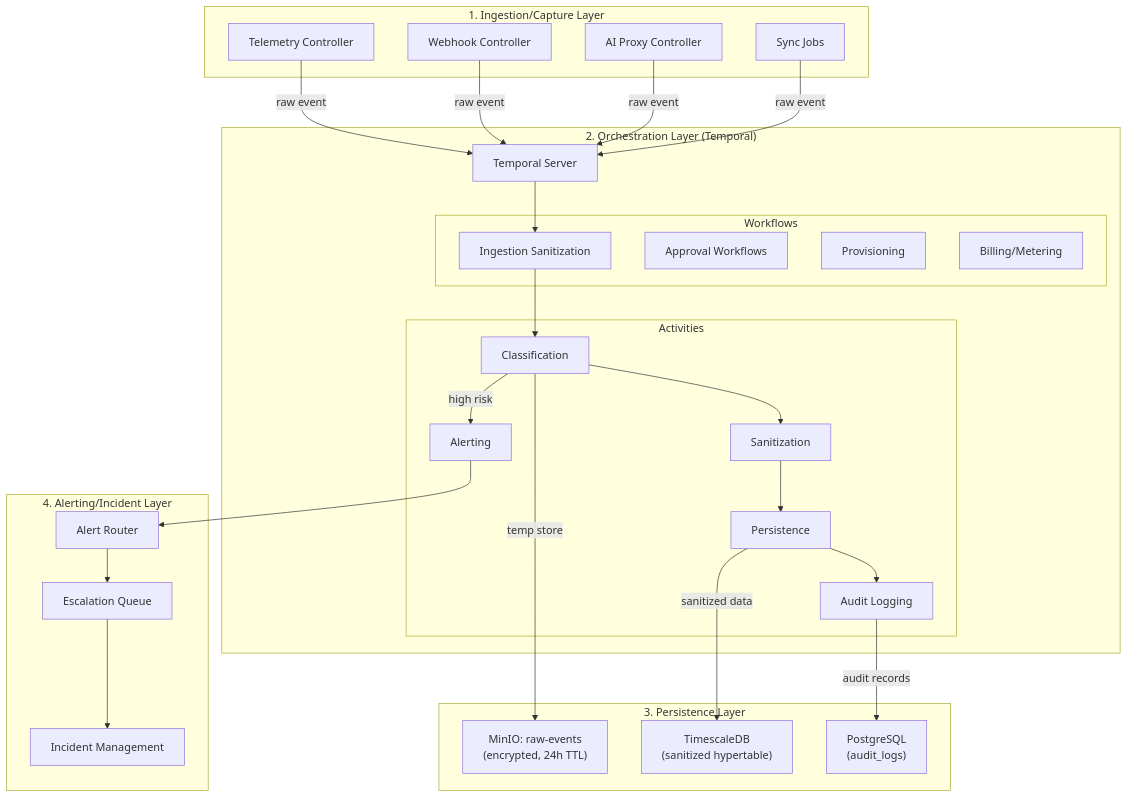
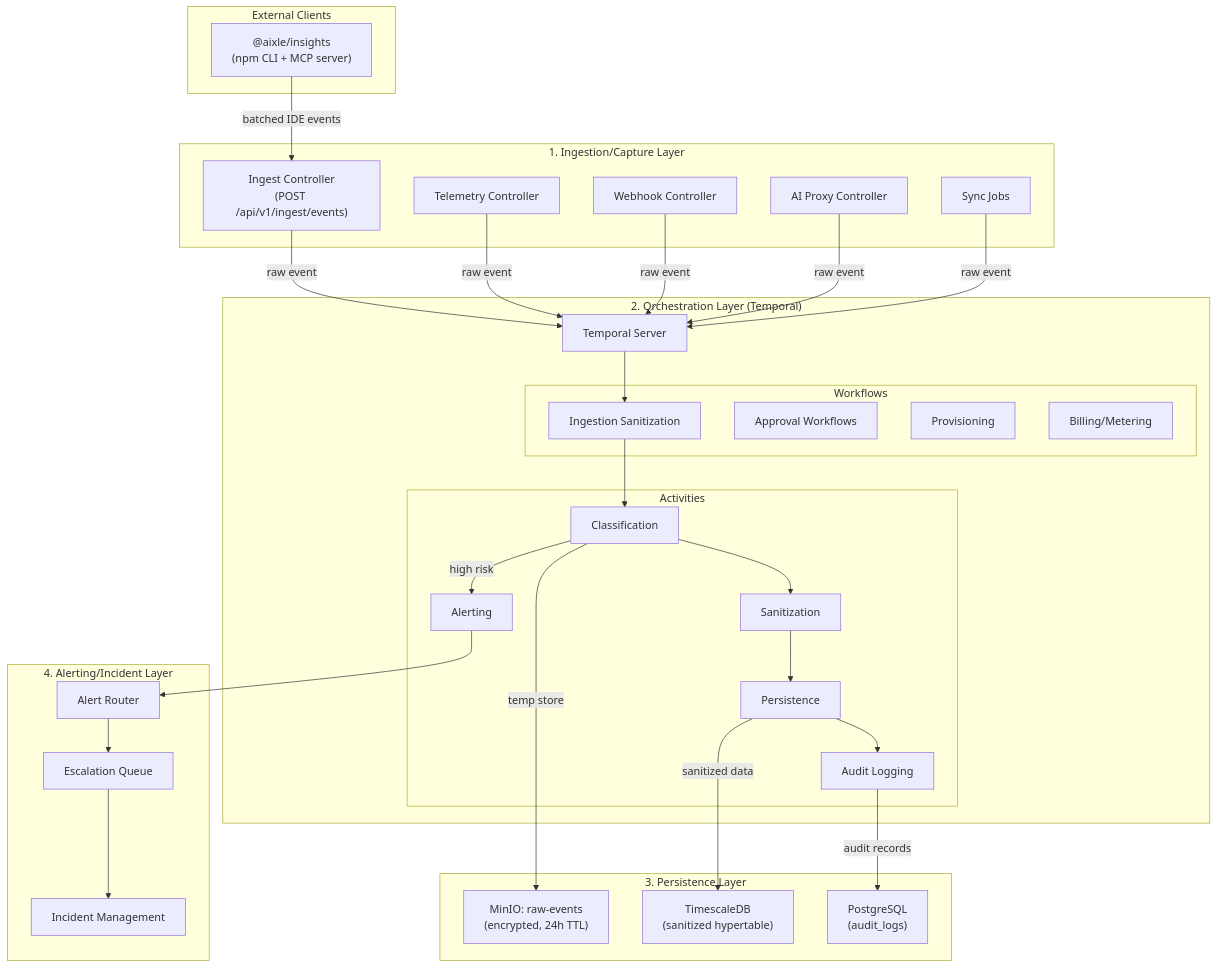
Before and after one commit to AixleHQ/insights: the sixth of 10 diagrams in architecture/architecture.md, drawn with Mermaid. The commit also changed other lines of this file, not shown here.

First line of the commit message:
docs: document @aixle/insights ingest package in architecture diagrams

````diff
--- a/architecture/architecture.md
+++ b/architecture/architecture.md
@@ -1871,64 +1880,71 @@
 ```mermaid
 flowchart TB
+    subgraph Clients["External Clients"]
+        Agent["@aixle/insights<br/>(npm CLI + MCP server)"]
+    end
+
     subgraph Capture["1. Ingestion/Capture Layer"]
+        Ingest["Ingest Controller<br/>(POST /api/v1/ingest/events)"]
         Telemetry["Telemetry Controller"]
         Webhooks["Webhook Controller"]
         AIProxy["AI Proxy Controller"]
         SyncJobs["Sync Jobs"]
     end
 
     subgraph Orchestration["2. Orchestration Layer (Temporal)"]
         TemporalServer["Temporal Server"]
         
         subgraph Workflows["Workflows"]
             SanitizationWF["Ingestion Sanitization"]
             ApprovalWF["Approval Workflows"]
             ProvisioningWF["Provisioning"]
             BillingWF["Billing/Metering"]
         end
         
         subgraph Activities["Activities"]
             Classify["Classification"]
             Sanitize["Sanitization"]
             Persist["Persistence"]
             Audit["Audit Logging"]
             Alert["Alerting"]
         end
     end
 
     subgraph Persistence["3. Persistence Layer"]
         RawStore["MinIO: raw-events<br/>(encrypted, 24h TTL)"]
         PrimaryDB["TimescaleDB<br/>(sanitized hypertable)"]
         AuditLog["PostgreSQL<br/>(audit_logs)"]
     end
 
     subgraph Alerting["4. Alerting/Incident Layer"]
         AlertRouter["Alert Router"]
         Escalation["Escalation Queue"]
         IncidentMgmt["Incident Management"]
     end
 
     %% Ingestion flows
+    Agent -->|"batched IDE events"| Ingest
+    Ingest -->|"raw event"| TemporalServer
     Telemetry -->|"raw event"| TemporalServer
     Webhooks -->|"raw event"| TemporalServer
     AIProxy -->|"raw event"| TemporalServer
     SyncJobs -->|"raw event"| TemporalServer
 
     %% Workflow execution
     TemporalServer --> SanitizationWF
     SanitizationWF --> Classify
     Classify --> Sanitize
     Sanitize --> Persist
     Persist --> Audit
 
     %% Persistence
     Classify -->|"temp store"| RawStore
     Persist -->|"sanitized data"| PrimaryDB
     Audit -->|"audit records"| AuditLog
 
     %% Alerting
     Classify -->|"high risk"| Alert
     Alert --> AlertRouter
     AlertRouter --> Escalation
     Escalation --> IncidentMgmt
 ```
````
